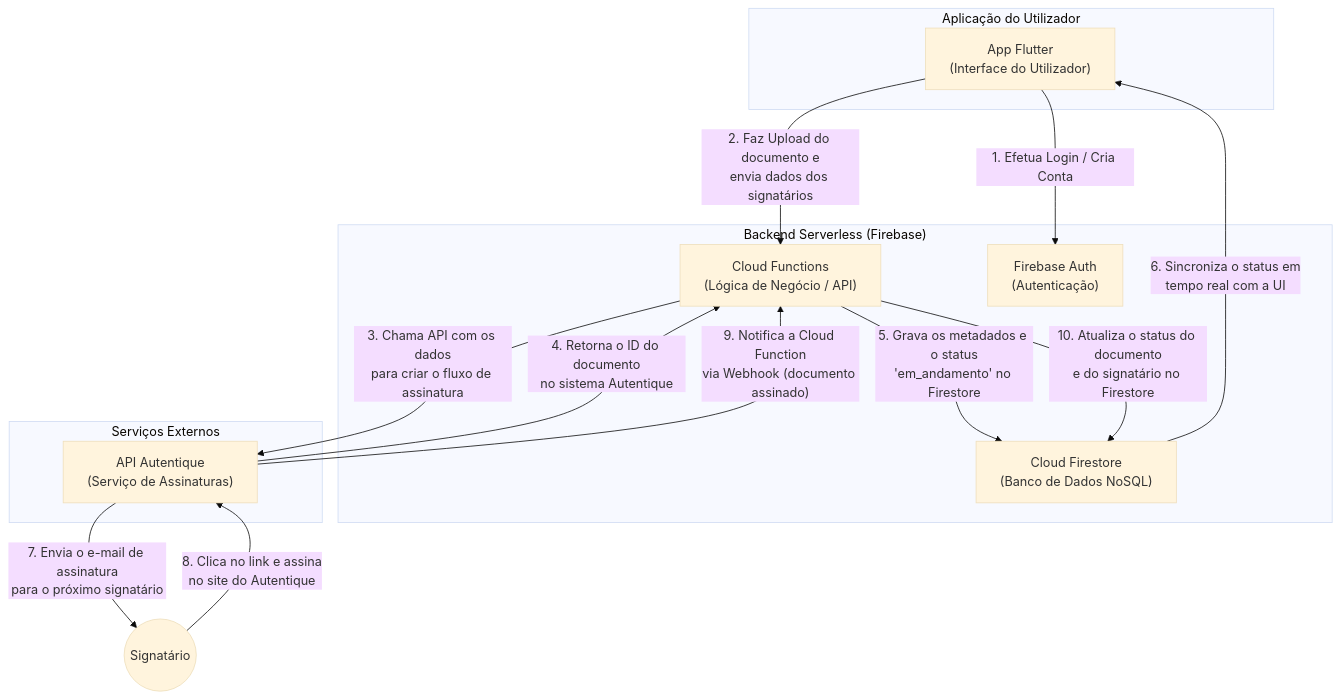
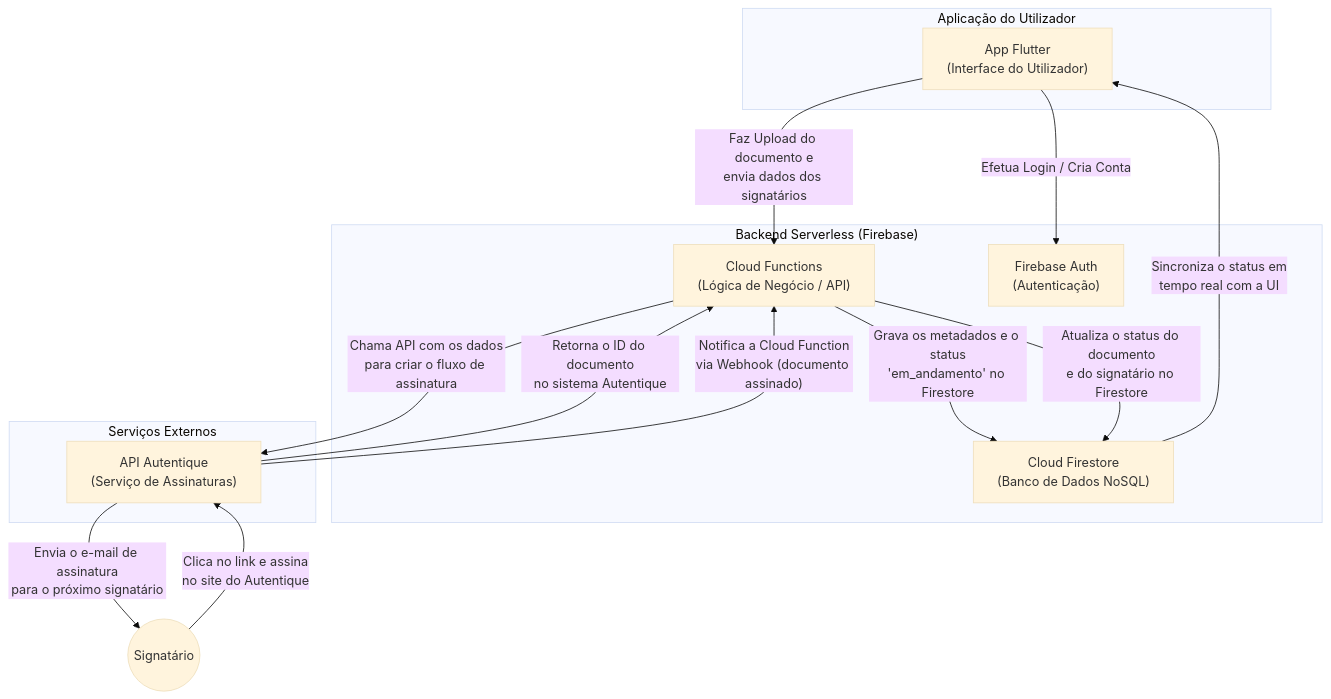
Before and after one commit to JoaoPapp/Portifolio: the first of 4 diagrams in README.md, drawn with Mermaid (base theme).

````diff
--- a/README.md
+++ b/README.md
@@ -65,27 +65,27 @@
 ```mermaid
 graph TD
     subgraph "Aplicação do Utilizador"
         A["App Flutter\n(Interface do Utilizador)"]
     end
 
     subgraph "Backend Serverless (Firebase)"
         B["Cloud Functions\n(Lógica de Negócio / API)"]
         C["Cloud Firestore\n(Banco de Dados NoSQL)"]
         D["Firebase Auth\n(Autenticação)"]
     end
 
     subgraph "Serviços Externos"
         E["API Autentique\n(Serviço de Assinaturas)"]
     end
 
-    A -- "1. Efetua Login / Cria Conta" --> D
-    A -- "2. Faz Upload do documento e\nenvia dados dos signatários" --> B
-    B -- "3. Chama API com os dados\npara criar o fluxo de assinatura" --> E
-    E -- "4. Retorna o ID do documento\nno sistema Autentique" --> B
-    B -- "5. Grava os metadados e o status\n'em_andamento' no Firestore" --> C
-    C -- "6. Sincroniza o status em\ntempo real com a UI" --> A
-    E -- "7. Envia o e-mail de assinatura\npara o próximo signatário" --> F((Signatário))
-    F -- "8. Clica no link e assina\nno site do Autentique" --> E
-    E -- "9. Notifica a Cloud Function\nvia Webhook (documento assinado)" --> B
-    B -- "10. Atualiza o status do documento\ne do signatário no Firestore" --> C
+    A -- "Efetua Login / Cria Conta" --> D
+    A -- "Faz Upload do documento e\nenvia dados dos signatários" --> B
+    B -- "Chama API com os dados\npara criar o fluxo de assinatura" --> E
+    E -- "Retorna o ID do documento\nno sistema Autentique" --> B
+    B -- "Grava os metadados e o status\n'em_andamento' no Firestore" --> C
+    C -- "Sincroniza o status em\ntempo real com a UI" --> A
+    E -- "Envia o e-mail de assinatura\npara o próximo signatário" --> F((Signatário))
+    F -- "Clica no link e assina\nno site do Autentique" --> E
+    E -- "Notifica a Cloud Function\nvia Webhook (documento assinado)" --> B
+    B -- "Atualiza o status do documento\ne do signatário no Firestore" --> C
 ```
````
